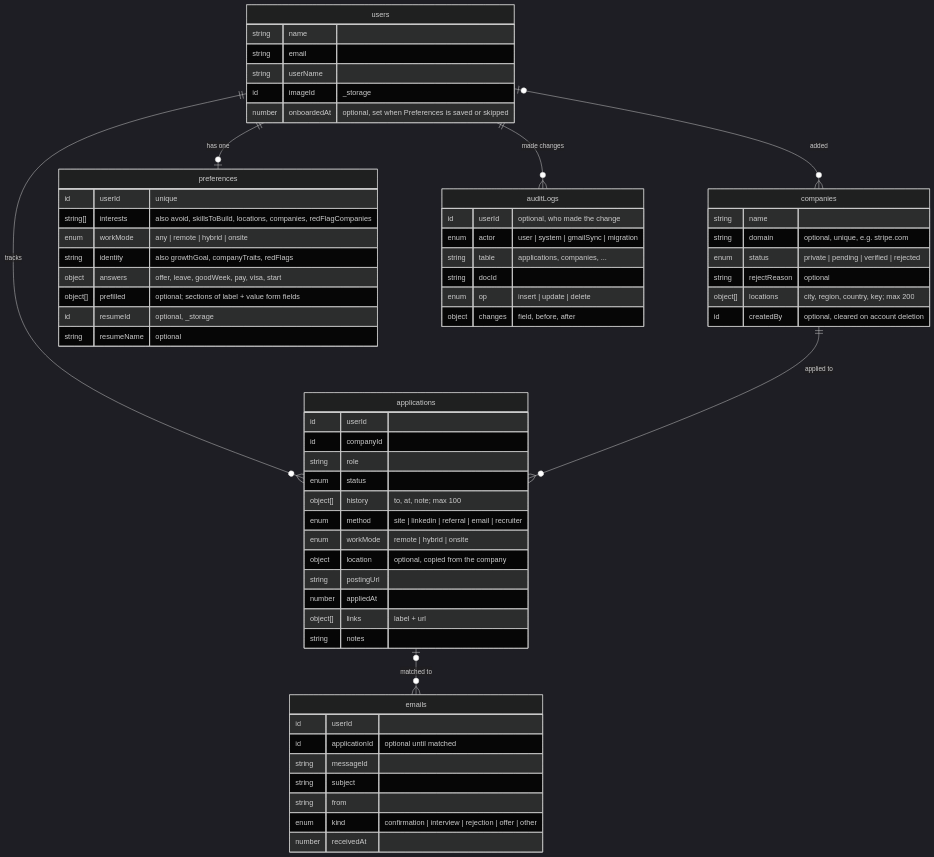
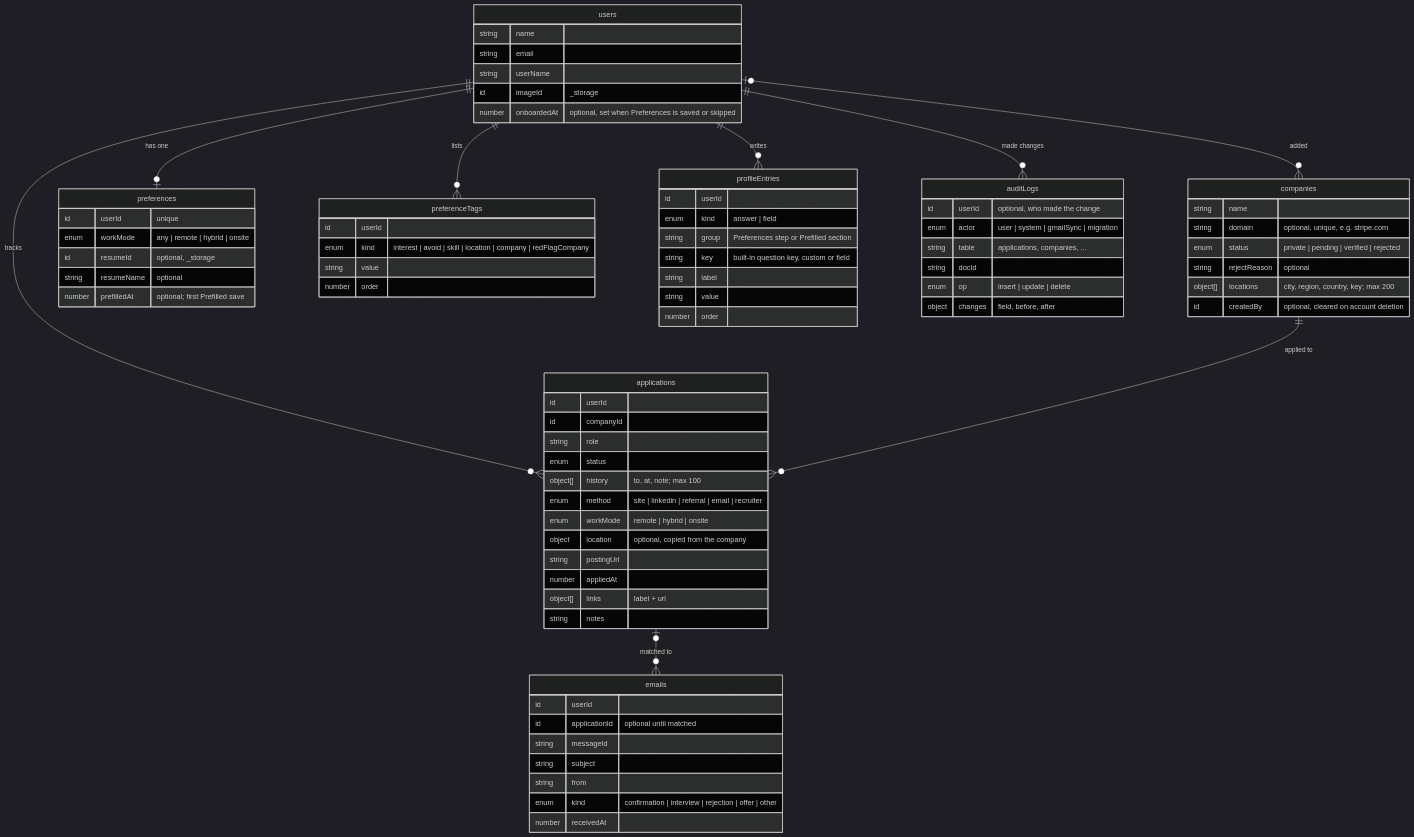
The first of 7 diagrams in docs/database-design.md (saranatour1/job-tracking-helper), drawn with Mermaid (dark theme) before and after one commit. The commit also changed other lines of this file and 17 other files, not shown here.

First line of the commit message:
refactor(preferences): split the wide row into settings, tags and entries

````diff
--- a/docs/database-design.md
+++ b/docs/database-design.md
@@ -66,66 +70,80 @@
 ```mermaid
 erDiagram
     users |o--o{ companies : "added"
     users ||--o{ applications : tracks
     users ||--o| preferences : "has one"
+    users ||--o{ preferenceTags : "lists"
+    users ||--o{ profileEntries : "writes"
     users ||--o{ auditLogs : "made changes"
     companies ||--o{ applications : "applied to"
     applications |o--o{ emails : "matched to"
 
     users {
         string name
         string email
         string userName
         id imageId "_storage"
         number onboardedAt "optional, set when Preferences is saved or skipped"
     }
     companies {
         string name
         string domain "optional, unique, e.g. stripe.com"
         enum status "private | pending | verified | rejected"
         string rejectReason "optional"
         object[] locations "city, region, country, key; max 200"
         id createdBy "optional, cleared on account deletion"
     }
     applications {
         id userId
         id companyId
         string role
         enum status
         object[] history "to, at, note; max 100"
         enum method "site | linkedin | referral | email | recruiter"
         enum workMode "remote | hybrid | onsite"
         object location "optional, copied from the company"
         string postingUrl
         number appliedAt
         object[] links "label + url"
         string notes
     }
     preferences {
         id userId "unique"
-        string[] interests "also avoid, skillsToBuild, locations, companies, redFlagCompanies"
         enum workMode "any | remote | hybrid | onsite"
-        string identity "also growthGoal, companyTraits, redFlags"
-        object answers "offer, leave, goodWeek, pay, visa, start"
-        object[] prefilled "optional; sections of label + value form fields"
         id resumeId "optional, _storage"
         string resumeName "optional"
+        number prefilledAt "optional; first Prefilled save"
+    }
+    preferenceTags {
+        id userId
+        enum kind "interest | avoid | skill | location | company | redFlagCompany"
+        string value
+        number order
+    }
+    profileEntries {
+        id userId
+        enum kind "answer | field"
+        string group "Preferences step or Prefilled section"
+        string key "built-in question key, custom or field"
+        string label
+        string value
+        number order
     }
     emails {
         id userId
         id applicationId "optional until matched"
         string messageId
         string subject
         string from
         enum kind "confirmation | interview | rejection | offer | other"
         number receivedAt
     }
     auditLogs {
         id userId "optional, who made the change"
         enum actor "user | system | gmailSync | migration"
         string table "applications, companies, ..."
         string docId
         enum op "insert | update | delete"
         object changes "field, before, after"
     }
 ```
````
